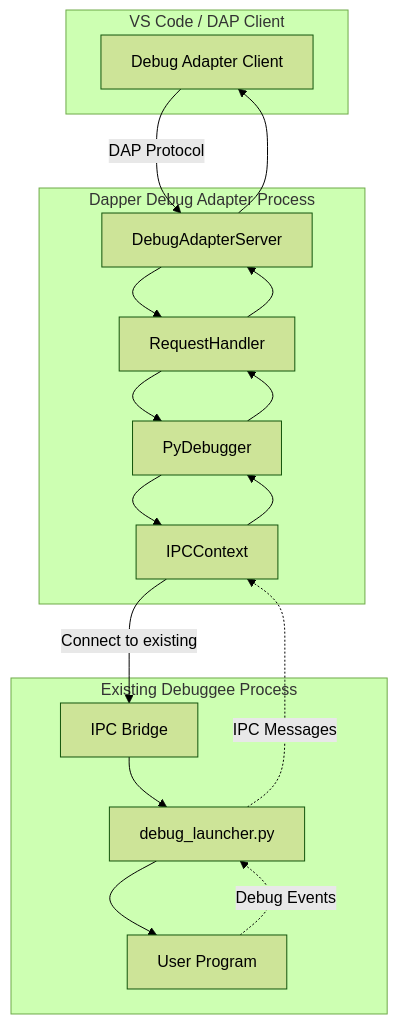
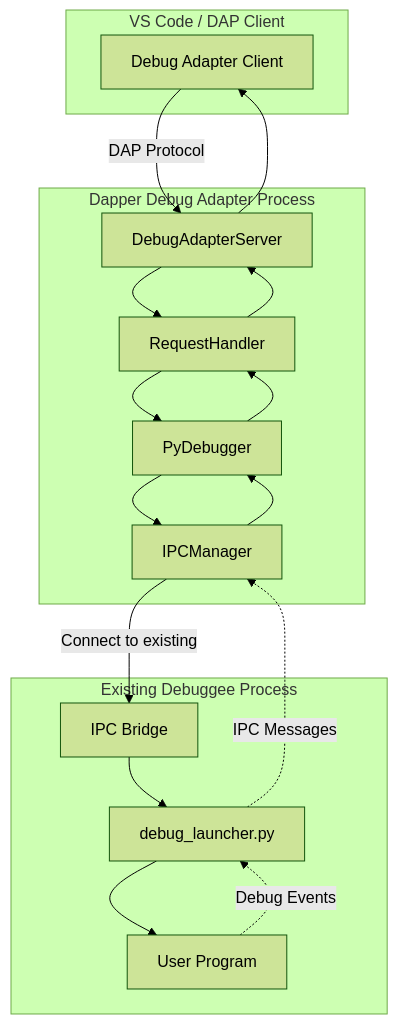
The third of 14 diagrams in doc/reference/operational_modes.md (jnsquire/dapper), drawn with Mermaid (forest theme) before and after one commit. The commit also changed other lines of this file and 13 other files, not shown here.

First line of the commit message:
Refactor IPC architecture: Remove IPCContext, introduce IPCManager

````diff
--- a/doc/reference/operational_modes.md
+++ b/doc/reference/operational_modes.md
@@ -80,35 +80,35 @@
 ```mermaid
 graph TB
     subgraph "VS Code / DAP Client"
         Client[Debug Adapter Client]
     end
     
     subgraph "Dapper Debug Adapter Process"
         Adapter[DebugAdapterServer]
         Handler[RequestHandler]
         Debugger[PyDebugger]
-        IPC_Context[IPCContext]
+        IPC_Mgr[IPCManager]
     end
     
     subgraph "Existing Debuggee Process"
         Launcher[debug_launcher.py]
         Debuggee[User Program]
         IPC_Bridge[IPC Bridge]
     end
     
     Client -->|DAP Protocol| Adapter
     Adapter --> Handler
     Handler --> Debugger
-    Debugger --> IPC_Context
+    Debugger --> IPC_Mgr
     
-    IPC_Context -->|Connect to existing| IPC_Bridge
+    IPC_Mgr -->|Connect to existing| IPC_Bridge
     IPC_Bridge --> Launcher
     Launcher --> Debuggee
     
     Debuggee -.->|Debug Events| Launcher
-    Launcher -.->|IPC Messages| IPC_Context
-    IPC_Context --> Debugger
+    Launcher -.->|IPC Messages| IPC_Mgr
+    IPC_Mgr --> Debugger
     Debugger --> Handler
     Handler --> Adapter
     Adapter --> Client
 ```
````
